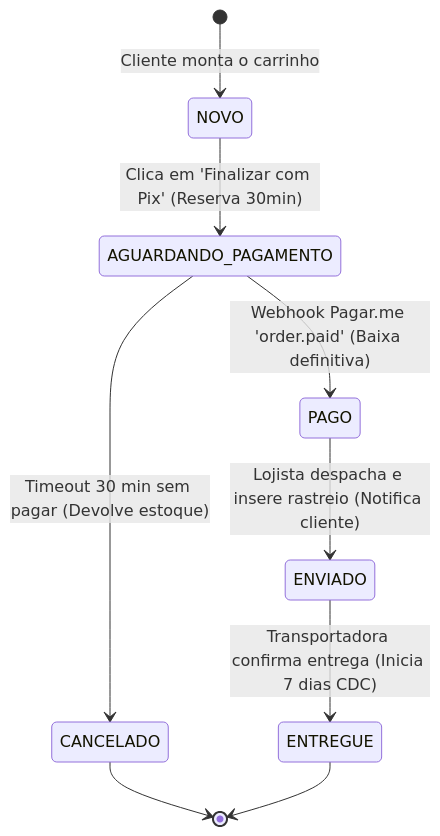
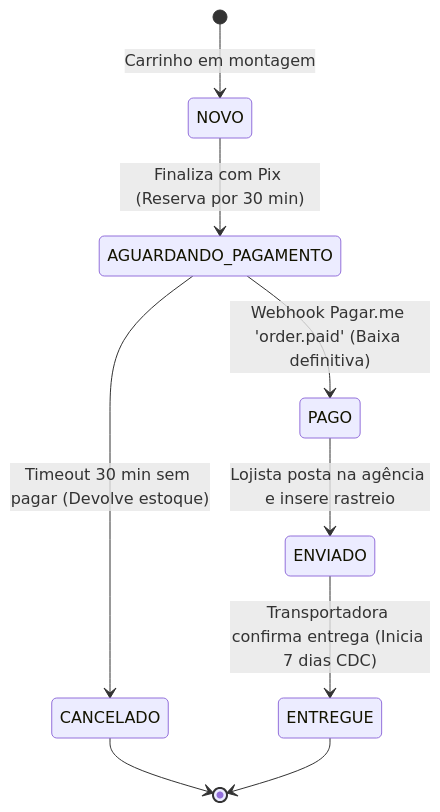
The second of 2 diagrams in DIRETRIZES_DO_PROJETO.md (FelipeGardenghiDev/canivete-da-roca-pi2), drawn with Mermaid before and after one commit. The commit also changed other lines of this file and 3 other files, not shown here.

````diff
--- a/DIRETRIZES_DO_PROJETO.md
+++ b/DIRETRIZES_DO_PROJETO.md
@@ -133,14 +163,14 @@
 ```mermaid
 stateDiagram-v2
-    [*] --> NOVO: Cliente monta o carrinho
-    NOVO --> AGUARDANDO_PAGAMENTO: Clica em 'Finalizar com Pix' (Reserva 30min)
+    [*] --> NOVO: Carrinho em montagem
+    NOVO --> AGUARDANDO_PAGAMENTO: Finaliza com Pix (Reserva por 30 min)
     
     AGUARDANDO_PAGAMENTO --> PAGO: Webhook Pagar.me 'order.paid' (Baixa definitiva)
     AGUARDANDO_PAGAMENTO --> CANCELADO: Timeout 30 min sem pagar (Devolve estoque)
     
-    PAGO --> ENVIADO: Lojista despacha e insere rastreio (Notifica cliente)
+    PAGO --> ENVIADO: Lojista posta na agência e insere rastreio
     ENVIADO --> ENTREGUE: Transportadora confirma entrega (Inicia 7 dias CDC)
     
     CANCELADO --> [*]
     ENTREGUE --> [*]
 ```
````
